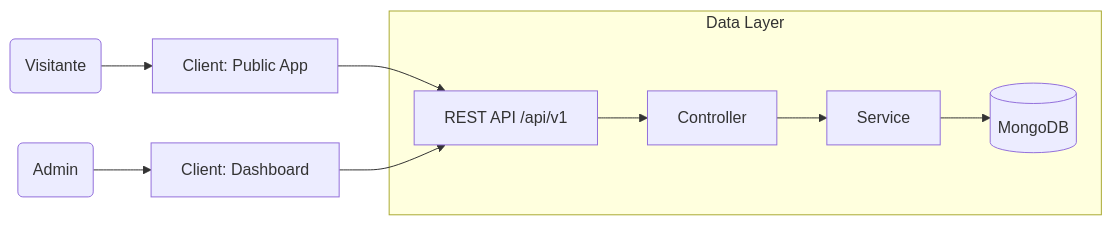
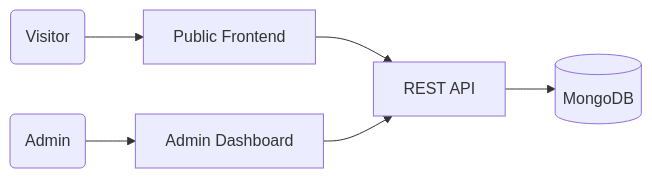
Before and after one commit to imDeiviz/portfolio_personal: the diagram in README.md, drawn with Mermaid. The commit also changed other lines of this file and 9 other files, not shown here.

````diff
--- a/README.md
+++ b/README.md
@@ -63,14 +52,8 @@
 ```mermaid
 graph LR
-    User(Visitante) --> PublicUI[Client: Public App]
-    Owner(Admin) --> AdminUI[Client: Dashboard]
-    
-    PublicUI --> API[REST API /api/v1]
-    AdminUI --> API
-    
-    subgraph Data Layer
-        API --> Controller
-        Controller --> Service
-        Service --> DataBase[(MongoDB)]
-    end
+    V(Visitor) --> P[Public Frontend]
+    A(Admin) --> D[Admin Dashboard]
+    P --> API[REST API]
+    D --> API
+    API --> DB[(MongoDB)]
 ```
````
